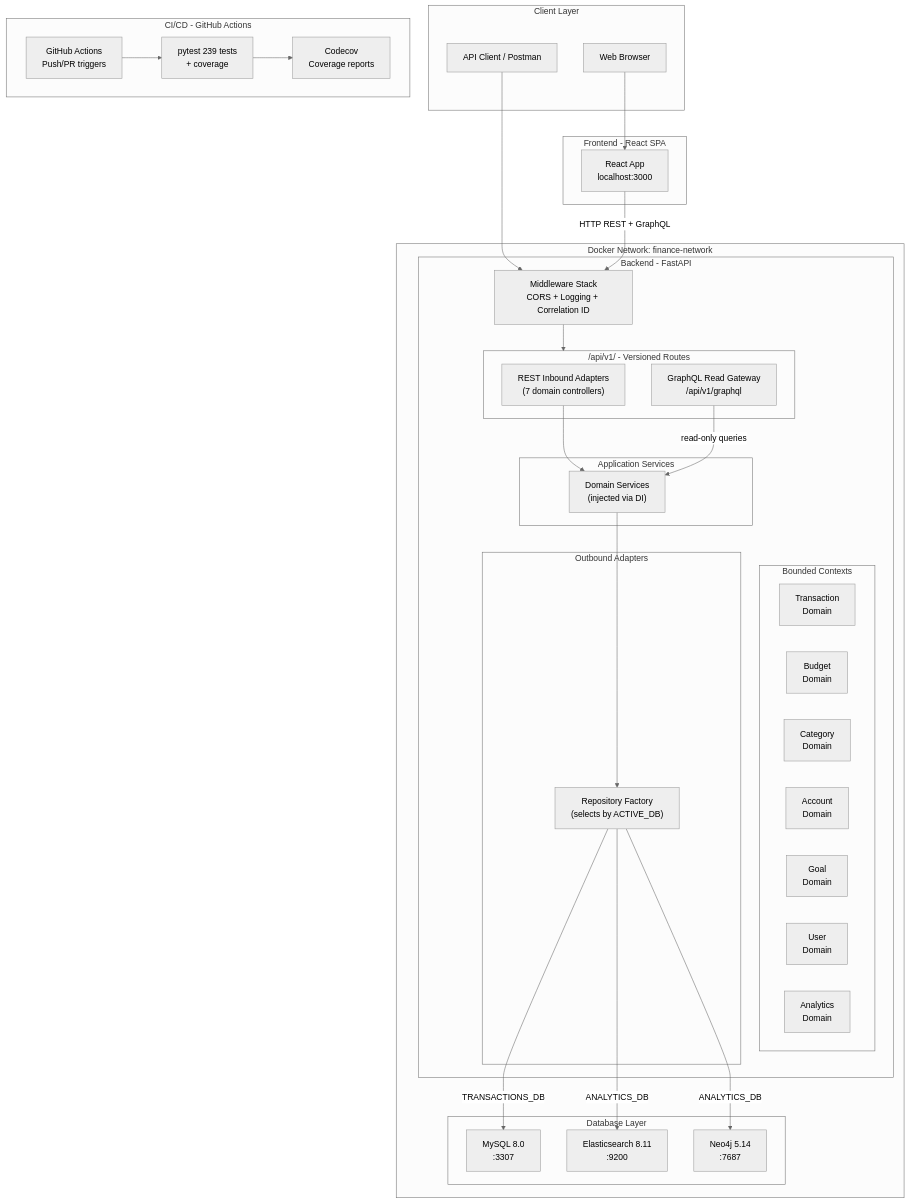
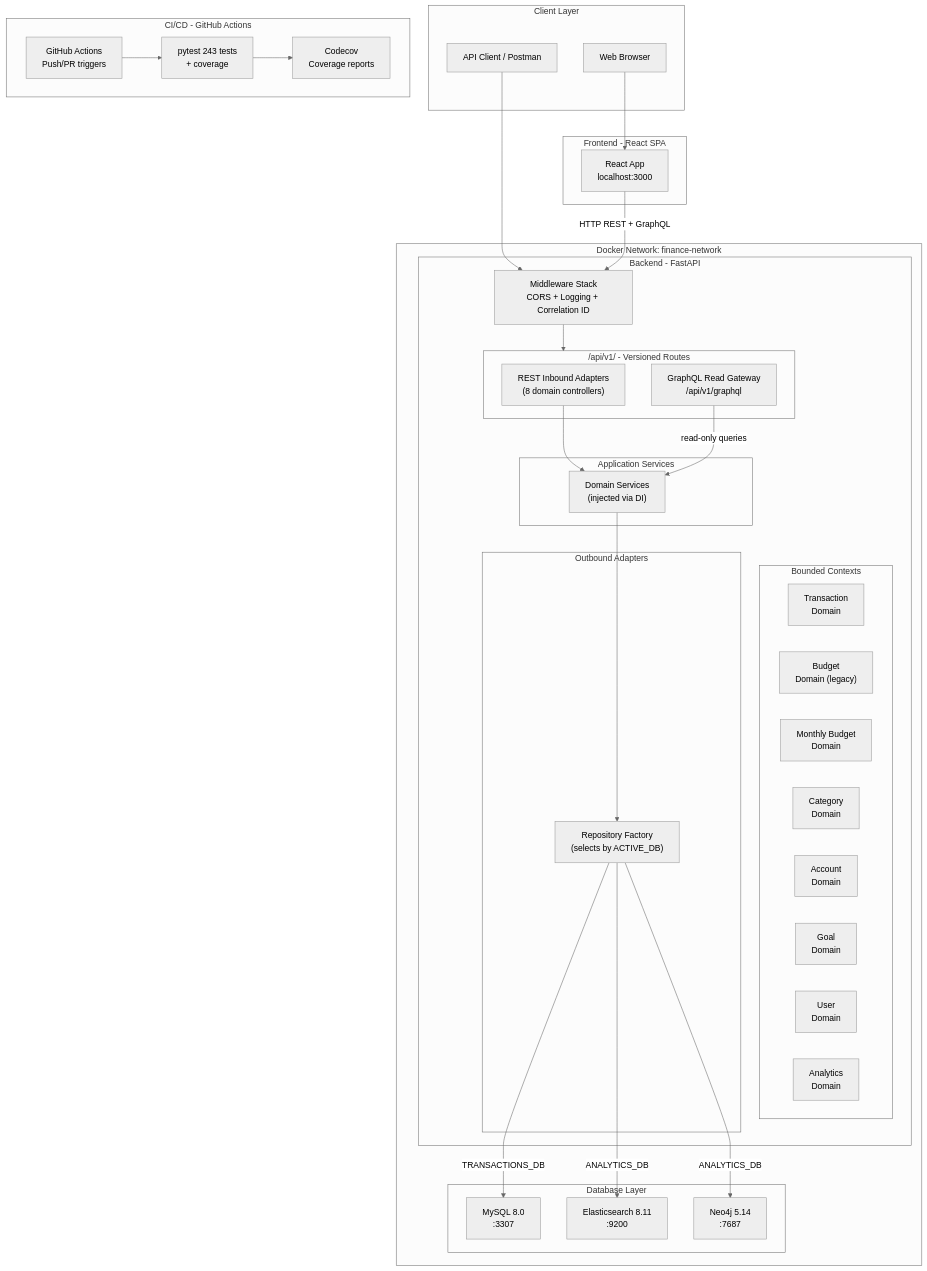
Before and after one commit to Jothom2912/Finance-Tracker: the first of 7 diagrams in docs/MANDATORY_ASSIGNMENT_1_REPORT.md, drawn with Mermaid (neutral theme). The commit also changed other lines of this file and 4 other files, not shown here.

````diff
--- a/docs/MANDATORY_ASSIGNMENT_1_REPORT.md
+++ b/docs/MANDATORY_ASSIGNMENT_1_REPORT.md
@@ -113,65 +113,66 @@
 ```mermaid
 graph TB
     subgraph clients [Client Layer]
         Browser[Web Browser]
         APIClient[API Client / Postman]
     end
 
     subgraph frontend [Frontend - React SPA]
         ReactApp["React App<br/>localhost:3000"]
     end
 
     subgraph docker [Docker Network: finance-network]
         subgraph backend [Backend - FastAPI]
             Middleware["Middleware Stack<br/>CORS + Logging + Correlation ID"]
 
             subgraph v1api ["/api/v1/ - Versioned Routes"]
-                REST_IN["REST Inbound Adapters<br/>(7 domain controllers)"]
+                REST_IN["REST Inbound Adapters<br/>(8 domain controllers)"]
                 GQL_IN["GraphQL Read Gateway<br/>/api/v1/graphql"]
             end
 
             subgraph domains [Bounded Contexts]
                 TXN["Transaction<br/>Domain"]
-                BUD["Budget<br/>Domain"]
+                BUD["Budget<br/>Domain (legacy)"]
+                MBUD["Monthly Budget<br/>Domain"]
                 CAT["Category<br/>Domain"]
                 ACC["Account<br/>Domain"]
                 GOL["Goal<br/>Domain"]
                 USR["User<br/>Domain"]
                 ANA["Analytics<br/>Domain"]
             end
 
             subgraph appservices [Application Services]
                 SVC["Domain Services<br/>(injected via DI)"]
             end
 
             subgraph outbound [Outbound Adapters]
                 RepoFactory["Repository Factory<br/>(selects by ACTIVE_DB)"]
             end
         end
 
         subgraph databases [Database Layer]
             MySQL["MySQL 8.0<br/>:3307"]
             ES["Elasticsearch 8.11<br/>:9200"]
             Neo4j["Neo4j 5.14<br/>:7687"]
         end
     end
 
     subgraph cicd [CI/CD - GitHub Actions]
         GHA["GitHub Actions<br/>Push/PR triggers"]
-        Tests["pytest 239 tests<br/>+ coverage"]
+        Tests["pytest 243 tests<br/>+ coverage"]
         Codecov["Codecov<br/>Coverage reports"]
     end
 
     Browser --> ReactApp
     APIClient --> Middleware
     ReactApp -->|"HTTP REST + GraphQL"| Middleware
     Middleware --> v1api
     REST_IN --> SVC
     GQL_IN -->|"read-only queries"| SVC
     SVC --> RepoFactory
     RepoFactory -->|"TRANSACTIONS_DB"| MySQL
     RepoFactory -->|"ANALYTICS_DB"| ES
     RepoFactory -->|"ANALYTICS_DB"| Neo4j
     GHA --> Tests
     Tests --> Codecov
 ```
````
